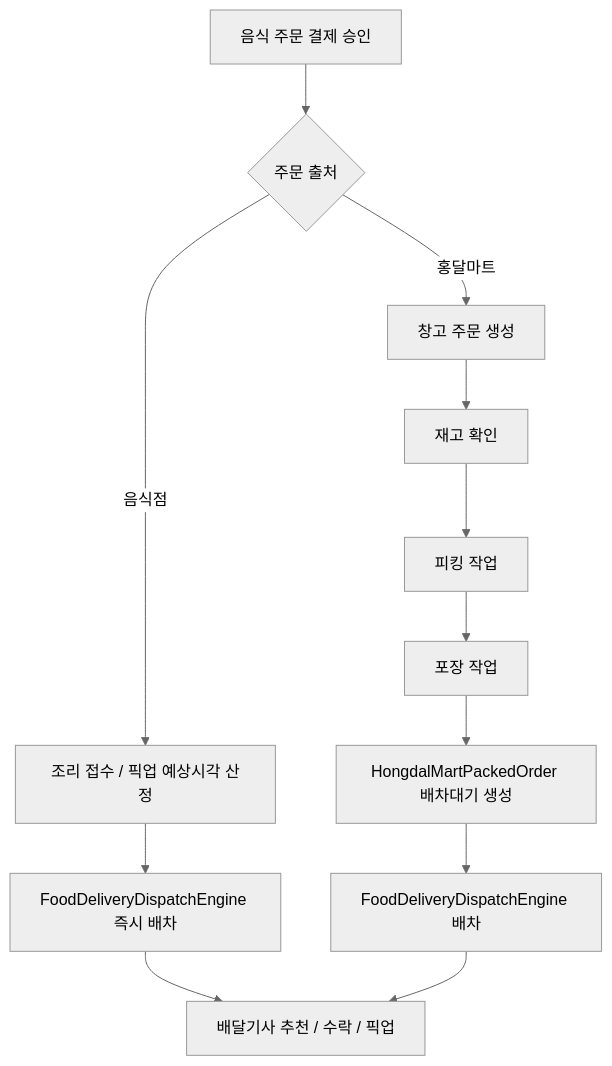
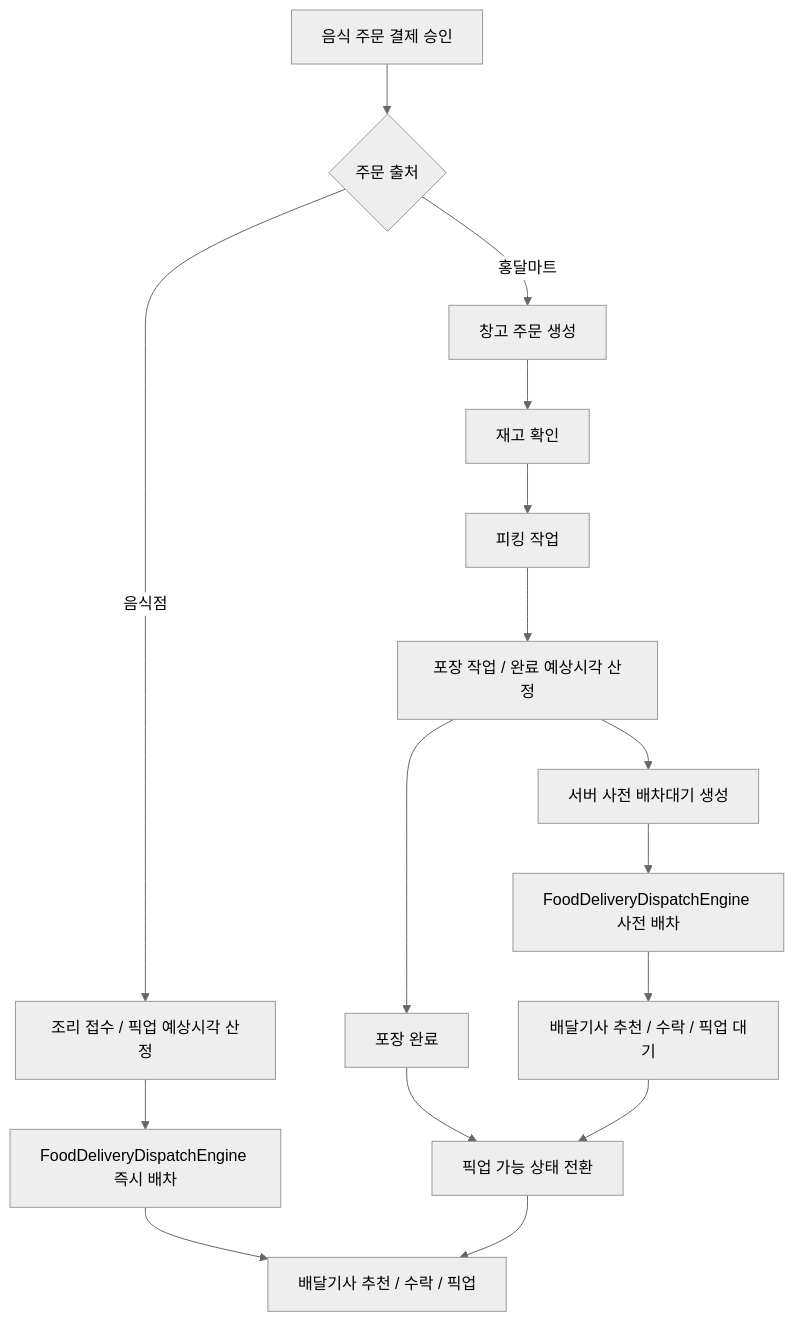
One commit to cheolwo/hongdal changed the third of 3 diagrams in docs/ProjectOverview/dispatch-flows.md. Above: the diagram before and after it, drawn with Mermaid (neutral theme). The commit also changed other lines of this file and 177 other files, not shown here.

````diff
--- a/docs/ProjectOverview/dispatch-flows.md
+++ b/docs/ProjectOverview/dispatch-flows.md
@@ -75,14 +77,18 @@
 ```mermaid
 flowchart TD
     A["음식 주문 결제 승인"] --> B{"주문 출처"}
     B -->|음식점| C["조리 접수 / 픽업 예상시각 산정"]
     C --> D["FoodDeliveryDispatchEngine 즉시 배차"]
     B -->|홍달마트| E["창고 주문 생성"]
     E --> F["재고 확인"]
     F --> G["피킹 작업"]
-    G --> H["포장 작업"]
-    H --> I["HongdalMartPackedOrder 배차대기 생성"]
-    I --> J["FoodDeliveryDispatchEngine 배차"]
-    D --> K["배달기사 추천 / 수락 / 픽업"]
-    J --> K
+    G --> H["포장 작업 / 완료 예상시각 산정"]
+    H --> I["서버 사전 배차대기 생성"]
+    I --> J["FoodDeliveryDispatchEngine 사전 배차"]
+    J --> K["배달기사 추천 / 수락 / 픽업 대기"]
+    H --> L["포장 완료"]
+    L --> M["픽업 가능 상태 전환"]
+    D --> N["배달기사 추천 / 수락 / 픽업"]
+    K --> M
+    M --> N
 ```
````
